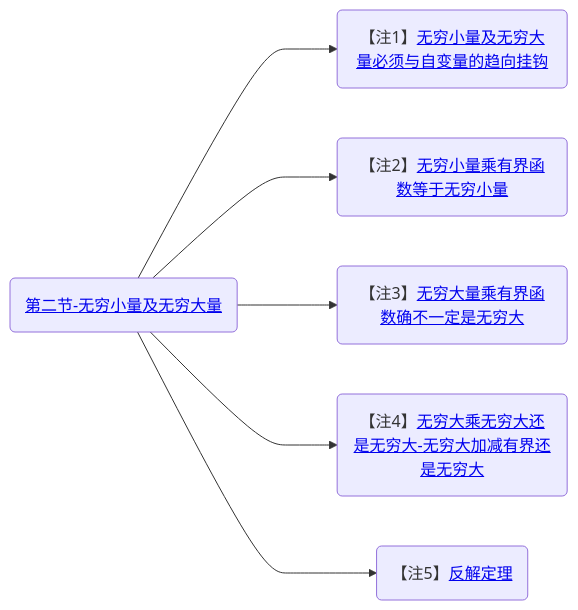
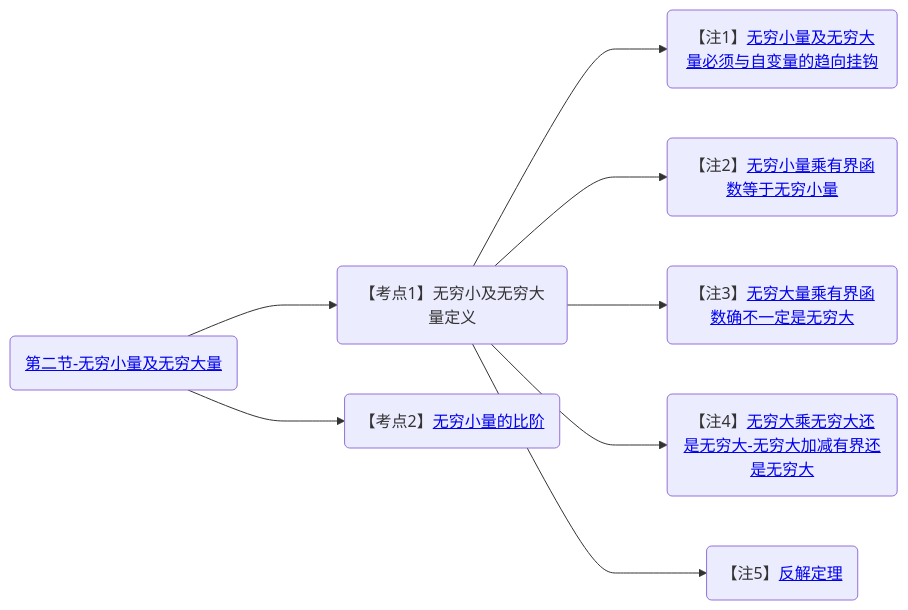
Before and after one commit to yuebinghui/note: the second of 2 diagrams in 笔记/数学/周洋鑫/基础班/00.大纲.md, drawn with Mermaid. The commit also changed 8 other files, not shown here.

````diff
--- a/笔记/数学/周洋鑫/基础班/00.大纲.md
+++ b/笔记/数学/周洋鑫/基础班/00.大纲.md
@@ -40,13 +40,17 @@
 ```mermaid
 graph LR
 
 第二节-无穷小量及无穷大量(<a href="/Users/yuebinghui/Documents/program/github/note/笔记/数学/周洋鑫/基础班/02.无穷小量及无穷大量.md#第二节-无穷小量及无穷大量">第二节-无穷小量及无穷大量</>)
 
-第二节-无穷小量及无穷大量--->无穷小量及无穷大量必须与自变量的趋向挂钩(【注1】<a href="/Users/yuebinghui/Documents/program/github/note/笔记/数学/周洋鑫/基础班/02.无穷小量及无穷大量.md#无穷小量及无穷大量必须与自变量的趋向挂钩">无穷小量及无穷大量必须与自变量的趋向挂钩</>)
-第二节-无穷小量及无穷大量--->无穷小量乘有界函数等于无穷小量(【注2】<a href="/Users/yuebinghui/Documents/program/github/note/笔记/数学/周洋鑫/基础班/02.无穷小量及无穷大量.md#无穷小量乘有界函数等于无穷小量">无穷小量乘有界函数等于无穷小量</>)
-第二节-无穷小量及无穷大量--->无穷大量乘有界函数确不一定是无穷大(【注3】<a href="/Users/yuebinghui/Documents/program/github/note/笔记/数学/周洋鑫/基础班/02.无穷小量及无穷大量.md#无穷大量乘有界函数确不一定是无穷大">无穷大量乘有界函数确不一定是无穷大</>)
-第二节-无穷小量及无穷大量--->无穷大乘无穷大还是无穷大-无穷大加减有界还是无穷大(【注4】<a href="/Users/yuebinghui/Documents/program/github/note/笔记/数学/周洋鑫/基础班/02.无穷小量及无穷大量.md#无穷大乘无穷大还是无穷大-无穷大加减有界还是无穷大">无穷大乘无穷大还是无穷大-无穷大加减有界还是无穷大</>)
-第二节-无穷小量及无穷大量--->反解定理(【注5】<a href="/Users/yuebinghui/Documents/program/github/note/笔记/数学/周洋鑫/基础班/02.无穷小量及无穷大量.md#反解定理">反解定理</>)
+第二节-无穷小量及无穷大量--->无穷小及无穷大量定义(【考点1】无穷小及无穷大量定义)
+
+无穷小及无穷大量定义--->无穷小量及无穷大量必须与自变量的趋向挂钩(【注1】<a href="/Users/yuebinghui/Documents/program/github/note/笔记/数学/周洋鑫/基础班/02.无穷小量及无穷大量.md#无穷小量及无穷大量必须与自变量的趋向挂钩">无穷小量及无穷大量必须与自变量的趋向挂钩</>)
+无穷小及无穷大量定义--->无穷小量乘有界函数等于无穷小量(【注2】<a href="/Users/yuebinghui/Documents/program/github/note/笔记/数学/周洋鑫/基础班/02.无穷小量及无穷大量.md#无穷小量乘有界函数等于无穷小量">无穷小量乘有界函数等于无穷小量</>)
+无穷小及无穷大量定义--->无穷大量乘有界函数确不一定是无穷大(【注3】<a href="/Users/yuebinghui/Documents/program/github/note/笔记/数学/周洋鑫/基础班/02.无穷小量及无穷大量.md#无穷大量乘有界函数确不一定是无穷大">无穷大量乘有界函数确不一定是无穷大</>)
+无穷小及无穷大量定义--->无穷大乘无穷大还是无穷大-无穷大加减有界还是无穷大(【注4】<a href="/Users/yuebinghui/Documents/program/github/note/笔记/数学/周洋鑫/基础班/02.无穷小量及无穷大量.md#无穷大乘无穷大还是无穷大-无穷大加减有界还是无穷大">无穷大乘无穷大还是无穷大-无穷大加减有界还是无穷大</>)
+无穷小及无穷大量定义--->反解定理(【注5】<a href="/Users/yuebinghui/Documents/program/github/note/笔记/数学/周洋鑫/基础班/02.无穷小量及无穷大量.md#反解定理">反解定理</>)
+
+第二节-无穷小量及无穷大量--->无穷小量的比阶(【考点2】<a href="/Users/yuebinghui/Documents/program/github/note/笔记/数学/周洋鑫/基础班/02.无穷小量及无穷大量.md#无穷小量的比阶">无穷小量的比阶</>)
 
 
 ```
````
